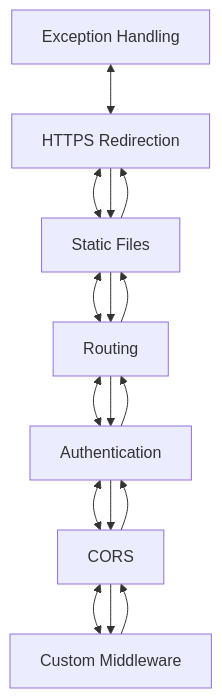
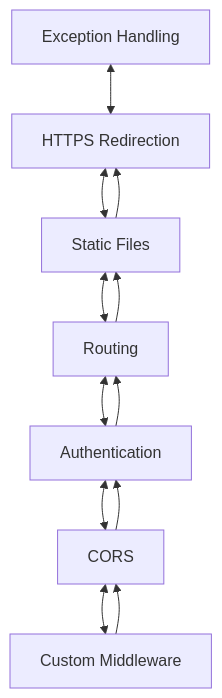
One commit to Rick-Anderson/MiddlewareMermaid changed the diagram in MiddlewareMermaid/graphTD3.md. Above: the diagram before and after it, drawn with Mermaid.

````diff
--- a/MiddlewareMermaid/graphTD3.md
+++ b/MiddlewareMermaid/graphTD3.md
@@ -1,22 +1,17 @@
 ```mermaid
 graph TD;
     A[Exception Handling] <--> B[HTTPS Redirection];
     B <--> C[Static Files];
     C <--> D[Routing];
     D <--> E[Authentication];
     E <--> F[CORS];
     F <--> G[Custom Middleware];
     
-    B --> C;
-    C --> D;
-    D --> E;
-    E --> F;
-    F --> G;
     
     C --> B;
     D --> C;
     E --> D;
     F --> E;
     G --> F;
 
 ```
````
